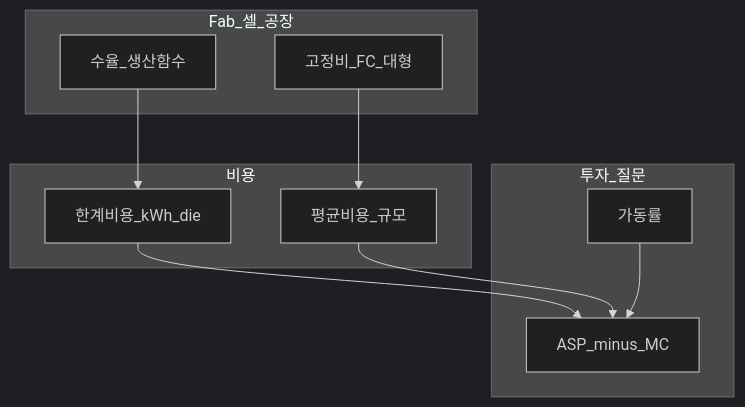
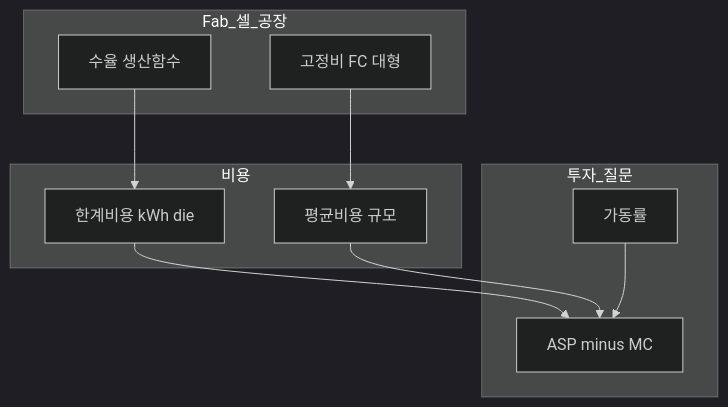
Before and after one commit to goldanghenry/Finances: the third of 5 diagrams in 02-economics/micro-02-production-cost-supply.md, drawn with Mermaid (dark theme). The commit also changed other lines of this file and 211 other files, not shown here.

````diff
--- a/02-economics/micro-02-production-cost-supply.md
+++ b/02-economics/micro-02-production-cost-supply.md
@@ -137,20 +153,20 @@
 ```mermaid
 flowchart TB
   subgraph fab [Fab_셀_공장]
-    CAPEX[고정비_FC_대형]
-    YLD[수율_생산함수]
+    CAPEX["고정비 FC 대형"]
+    YLD["수율 생산함수"]
   end
   subgraph cost [비용]
-    MCg[한계비용_kWh_die]
-    ACg[평균비용_규모]
+    MCg["한계비용 kWh die"]
+    ACg["평균비용 규모"]
   end
   subgraph invest [투자_질문]
     UTIL[가동률]
-    MARGIN[ASP_minus_MC]
+    MARGIN["ASP minus MC"]
   end
   CAPEX --> ACg
   YLD --> MCg
   MCg --> MARGIN
   ACg --> MARGIN
   UTIL --> MARGIN
 ```
````
